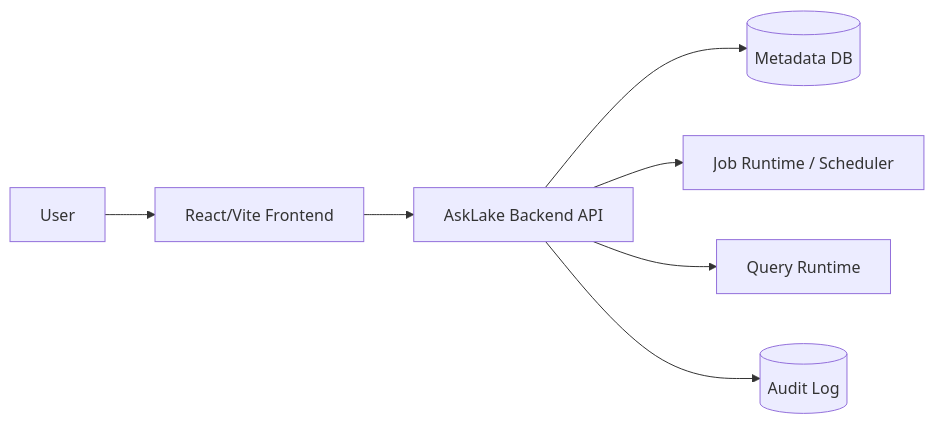
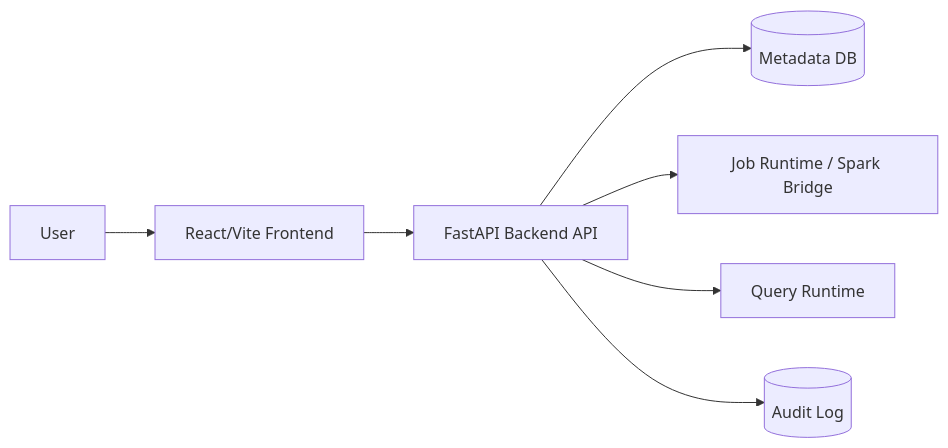
One commit to JUNGLE-TEAM1/AskLake changed the diagram in docs/02-architecture.md. Above: the diagram before and after it, drawn with Mermaid. The commit also changed other lines of this file and 10 other files, not shown here.

````diff
--- a/docs/02-architecture.md
+++ b/docs/02-architecture.md
@@ -54,9 +53,9 @@
 ```mermaid
 flowchart LR
     U[User] --> FE[React/Vite Frontend]
-    FE --> API[AskLake Backend API]
+    FE --> API[FastAPI Backend API]
     API --> DB[(Metadata DB)]
-    API --> JOB[Job Runtime / Scheduler]
+    API --> JOB[Job Runtime / Spark Bridge]
     API --> SQL[Query Runtime]
     API --> AUDIT[(Audit Log)]
 ```
````
